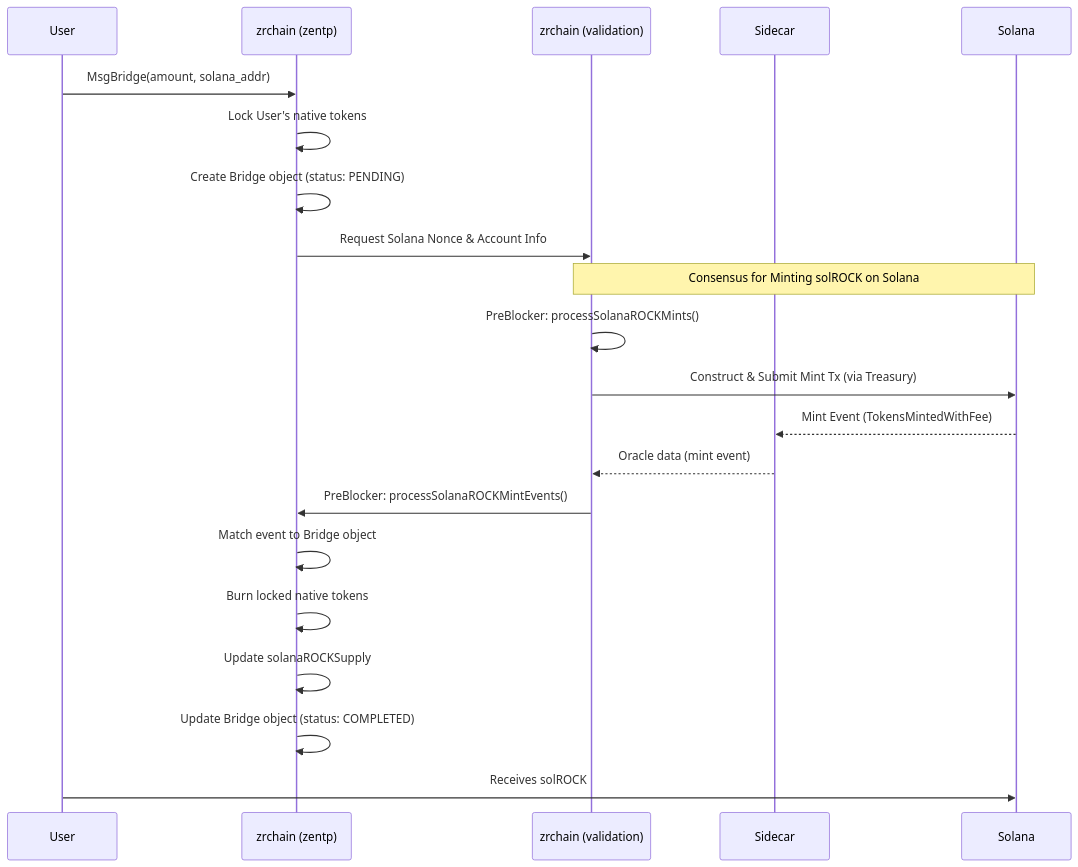
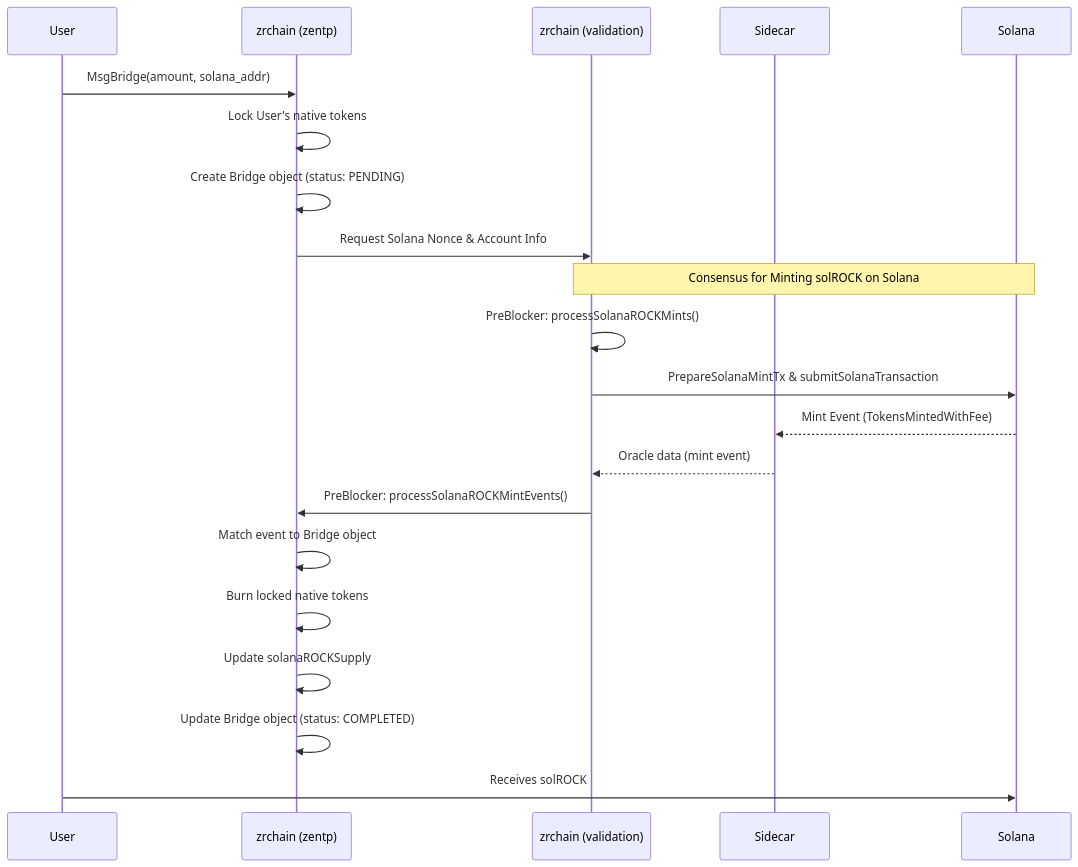
One commit to zenrocklabs/zrchain changed the third of 4 diagrams in docs/README.md. Above: the diagram before and after it, drawn with Mermaid. The commit also changed other lines of this file, not shown here.

````diff
--- a/docs/README.md
+++ b/docs/README.md
@@ -126,27 +120,27 @@
 ```mermaid
 sequenceDiagram
     participant User
     participant zrchain as zrchain (zentp)
     participant zrchain_val as zrchain (validation)
     participant Sidecar
     participant Solana
 
     User->>zrchain: MsgBridge(amount, solana_addr)
     zrchain->>zrchain: Lock User's native tokens
     zrchain->>zrchain: Create Bridge object (status: PENDING)
     zrchain->>zrchain_val: Request Solana Nonce & Account Info
 
     Note over zrchain_val,Solana: Consensus for Minting solROCK on Solana
     zrchain_val->>zrchain_val: PreBlocker: processSolanaROCKMints()
-    zrchain_val->>Solana: Construct & Submit Mint Tx (via Treasury)
+    zrchain_val->>Solana: PrepareSolanaMintTx & submitSolanaTransaction
 
     Solana-->>Sidecar: Mint Event (TokensMintedWithFee)
     Sidecar-->>zrchain_val: Oracle data (mint event)
 
     zrchain_val->>zrchain: PreBlocker: processSolanaROCKMintEvents()
     zrchain->>zrchain: Match event to Bridge object
     zrchain->>zrchain: Burn locked native tokens
     zrchain->>zrchain: Update solanaROCKSupply
     zrchain->>zrchain: Update Bridge object (status: COMPLETED)
     User->>Solana: Receives solROCK
 ```
````
